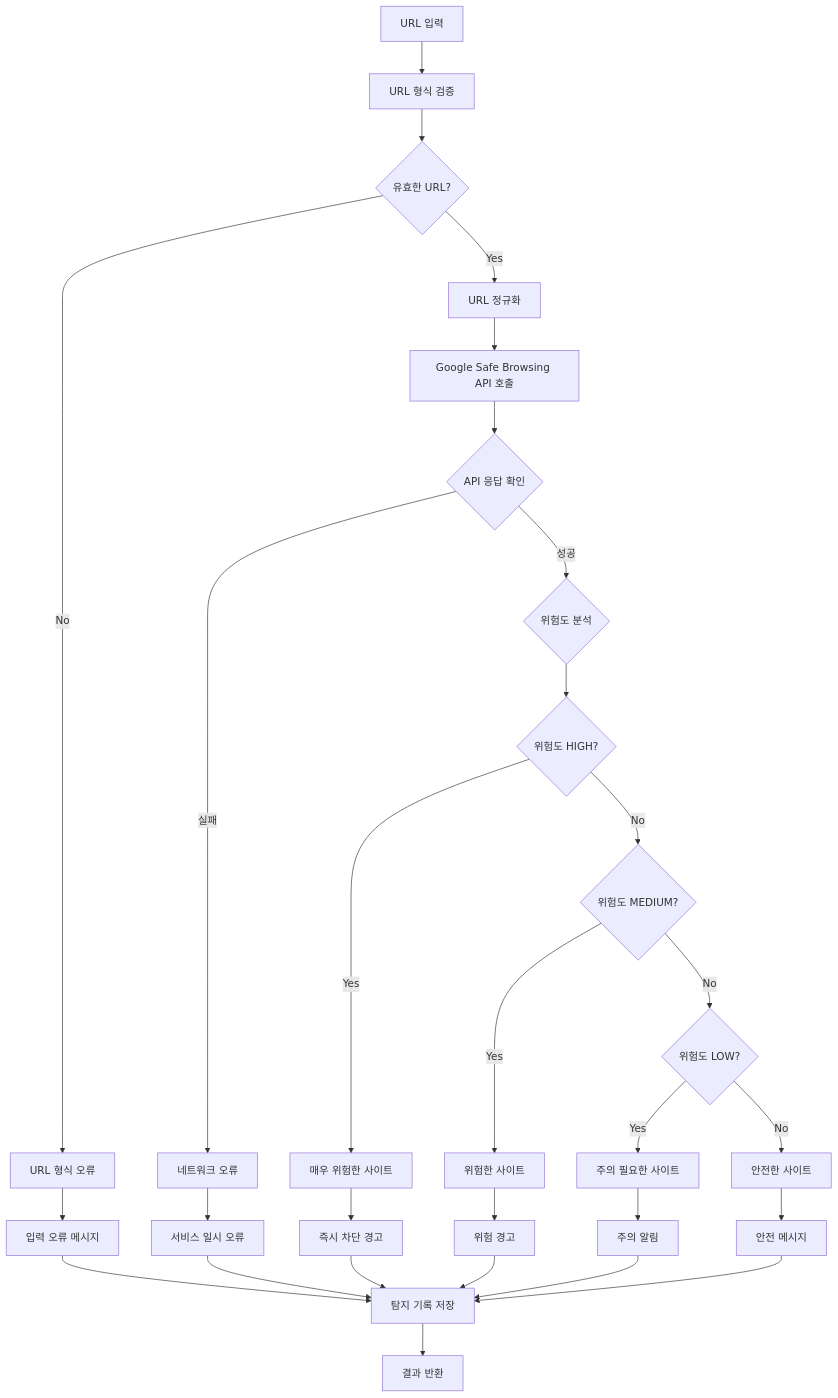
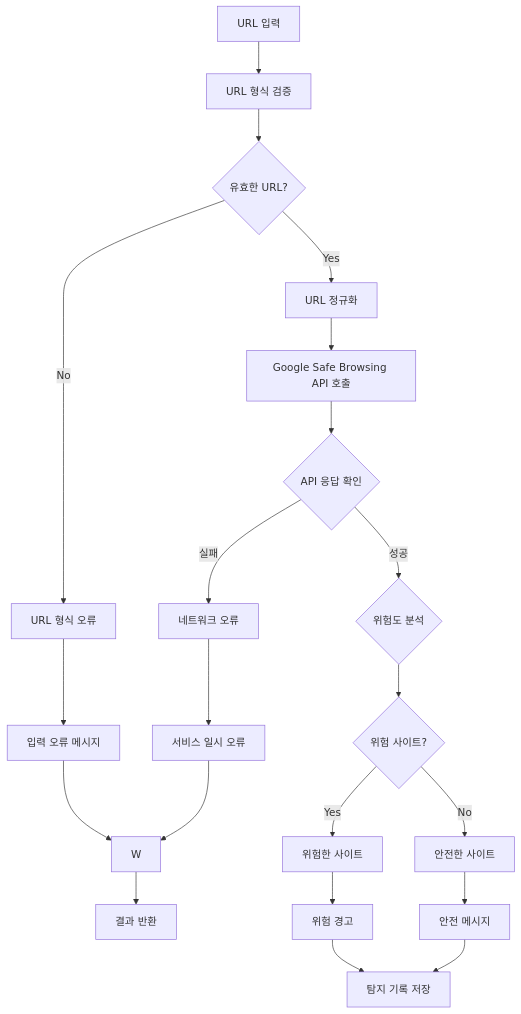
The fourth of 12 diagrams in docs/flows/business.md (Central-MakeUs/CheatKey-Server), drawn with Mermaid before and after one commit. The commit also changed other lines of this file and 6 other files, not shown here.

````diff
--- a/docs/flows/business.md
+++ b/docs/flows/business.md
@@ -104,37 +99,27 @@
 ```mermaid
 flowchart TD
     A[URL 입력] --> B[URL 형식 검증]
     B --> C{유효한 URL?}
     C -->|No| D[URL 형식 오류]
     C -->|Yes| E[URL 정규화]
     
     E --> F[Google Safe Browsing API 호출]
     F --> G{API 응답 확인}
     G -->|실패| H[네트워크 오류]
     G -->|성공| I{위험도 분석}
     
-    I --> J{위험도 HIGH?}
-    J -->|Yes| K[매우 위험한 사이트]
-    J -->|No| L{위험도 MEDIUM?}
+    I --> J{위험 사이트?}
+    J -->|Yes| K[위험한 사이트]
+    J -->|No| L[안전한 사이트]
     
-    L -->|Yes| M[위험한 사이트]
-    L -->|No| N{위험도 LOW?}
-    
-    N -->|Yes| O[주의 필요한 사이트]
-    N -->|No| P[안전한 사이트]
-    
-    K --> Q[즉시 차단 경고]
-    M --> R[위험 경고]
-    O --> S[주의 알림]
-    P --> T[안전 메시지]
+    K --> M[위험 경고]
+    L --> N[안전 메시지]
     D --> U[입력 오류 메시지]
     H --> V[서비스 일시 오류]
     
-    Q --> W[탐지 기록 저장]
-    R --> W
-    S --> W
-    T --> W
+    M --> O[탐지 기록 저장]
+    N --> O
     U --> W
     V --> W
     W --> X[결과 반환]
 ```
````
